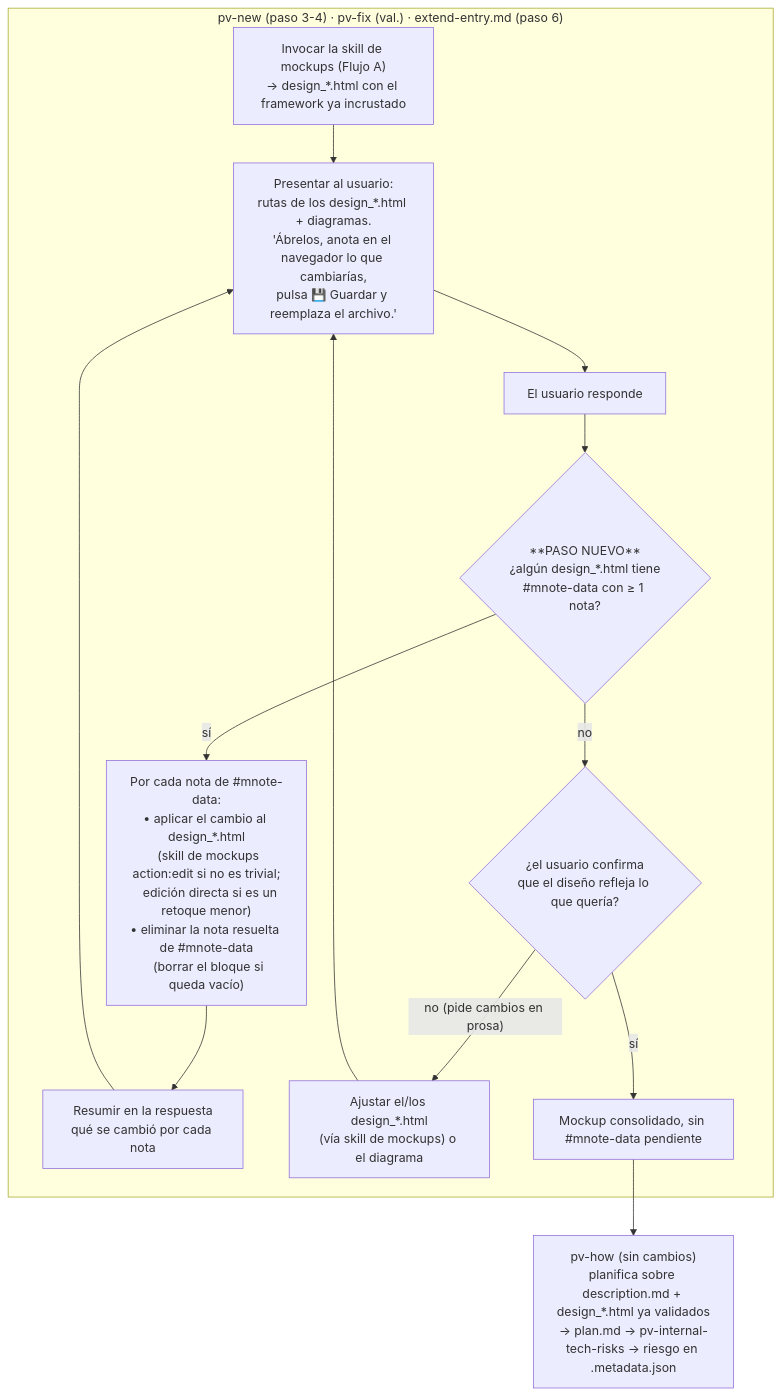
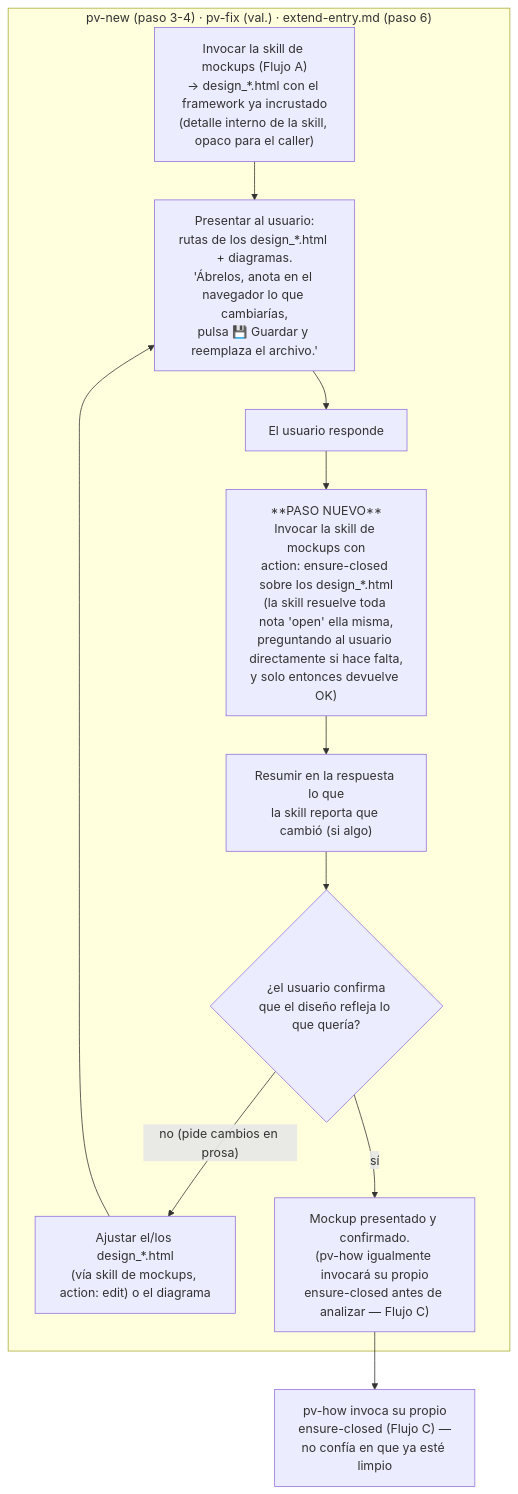
Before and after one commit to yeyopepe/previo-sdd: the third of 4 diagrams in .claude/plans/interactive-mockups/PLAN.md, drawn with Mermaid. The commit also changed other lines of this file and 3 other files, not shown here.

````diff
--- a/.claude/plans/interactive-mockups/PLAN.md
+++ b/.claude/plans/interactive-mockups/PLAN.md
@@ -92,17 +233,15 @@
 ```mermaid
 flowchart TD
     subgraph NEWFIX["pv-new (paso 3-4) · pv-fix (val.) · extend-entry.md (paso 6)"]
-      GEN["Invocar la skill de mockups (Flujo A)\n→ design_*.html con el framework ya incrustado"] --> PRESENT
+      GEN["Invocar la skill de mockups (Flujo A)\n→ design_*.html con el framework ya incrustado\n(detalle interno de la skill, opaco para el caller)"] --> PRESENT
       PRESENT["Presentar al usuario:\nrutas de los design_*.html + diagramas.\n'Ábrelos, anota en el navegador lo que cambiarías,\npulsa 💾 Guardar y reemplaza el archivo.'"] --> WAIT
-      WAIT["El usuario responde"] --> SCAN{"**PASO NUEVO**\n¿algún design_*.html tiene\n#mnote-data con ≥ 1 nota?"}
+      WAIT["El usuario responde"] --> ENSURE["**PASO NUEVO**\nInvocar la skill de mockups con\naction: ensure-closed sobre los design_*.html\n(la skill resuelve toda nota 'open' ella misma,\npreguntando al usuario directamente si hace falta,\ny solo entonces devuelve OK)"]
 
-      SCAN -- no --> OKQ{"¿el usuario confirma\nque el diseño refleja lo que quería?"}
-      SCAN -- "sí" --> APPLY["Por cada nota de #mnote-data:\n• aplicar el cambio al design_*.html\n  (skill de mockups action:edit si no es trivial;\n   edición directa si es un retoque menor)\n• eliminar la nota resuelta de #mnote-data\n  (borrar el bloque si queda vacío)"]
-      APPLY --> SUMMARY["Resumir en la respuesta\nqué se cambió por cada nota"] --> PRESENT
+      ENSURE --> SUMMARY["Resumir en la respuesta lo que\nla skill reporta que cambió (si algo)"] --> OKQ{"¿el usuario confirma\nque el diseño refleja lo que quería?"}
 
-      OKQ -- "no (pide cambios en prosa)" --> ADJUST["Ajustar el/los design_*.html\n(vía skill de mockups) o el diagrama"] --> PRESENT
-      OKQ -- "sí" --> DONE["Mockup consolidado, sin #mnote-data pendiente"]
+      OKQ -- "no (pide cambios en prosa)" --> ADJUST["Ajustar el/los design_*.html\n(vía skill de mockups, action: edit) o el diagrama"] --> PRESENT
+      OKQ -- "sí" --> DONE["Mockup presentado y confirmado.\n(pv-how igualmente invocará su propio\nensure-closed antes de analizar — Flujo C)"]
     end
 
-    DONE --> HOW["pv-how (sin cambios)\nplanifica sobre description.md + design_*.html ya validados\n→ plan.md → pv-internal-tech-risks → riesgo en .metadata.json"]
+    DONE --> HOWGATE["pv-how invoca su propio\nensure-closed (Flujo C) —\nno confía en que ya esté limpio"]
 ```
````
